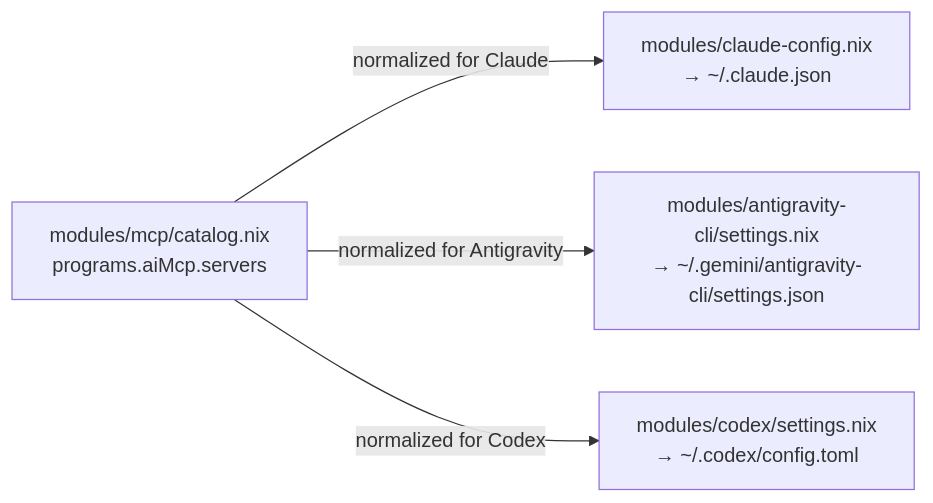
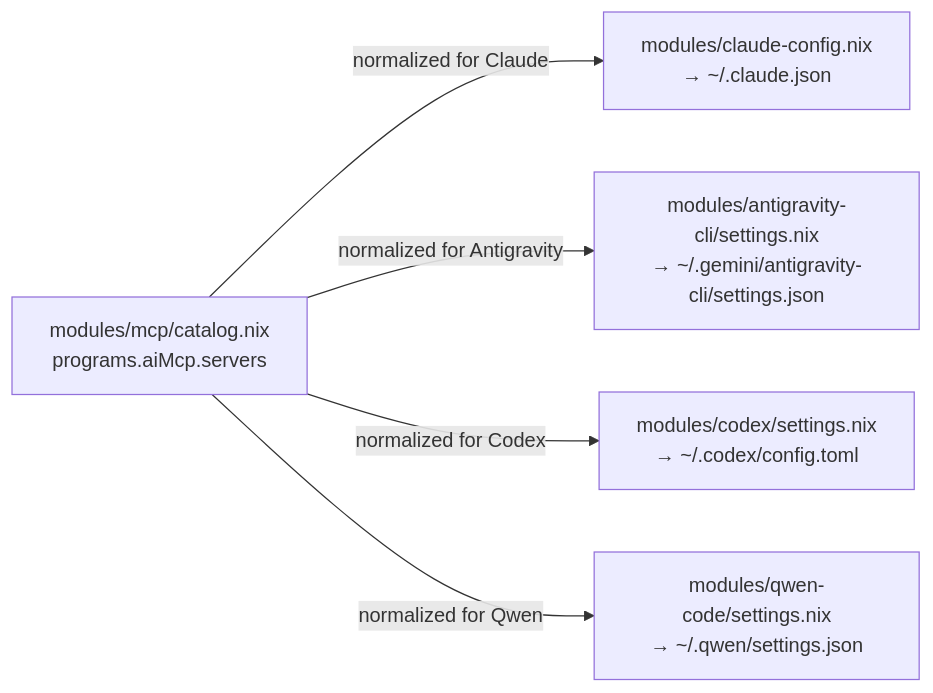
One commit to dryvist/nix-ai changed the second of 4 diagrams in docs/architecture/system-integration-map.md. Above: the diagram before and after it, drawn with Mermaid. The commit also changed other lines of this file and 23 other files, not shown here.

````diff
--- a/docs/architecture/system-integration-map.md
+++ b/docs/architecture/system-integration-map.md
@@ -73,8 +76,9 @@
 ```mermaid
 graph LR
     MCPCAT["modules/mcp/catalog.nix\nprograms.aiMcp.servers"]
 
     MCPCAT -->|normalized for Claude| CSETTINGS["modules/claude-config.nix\n→ ~/.claude.json"]
     MCPCAT -->|normalized for Antigravity| GSETTINGS["modules/antigravity-cli/settings.nix\n→ ~/.gemini/antigravity-cli/settings.json"]
     MCPCAT -->|normalized for Codex| DSETTINGS["modules/codex/settings.nix\n→ ~/.codex/config.toml"]
+    MCPCAT -->|normalized for Qwen| QSETTINGS["modules/qwen-code/settings.nix\n→ ~/.qwen/settings.json"]
 ```
````
